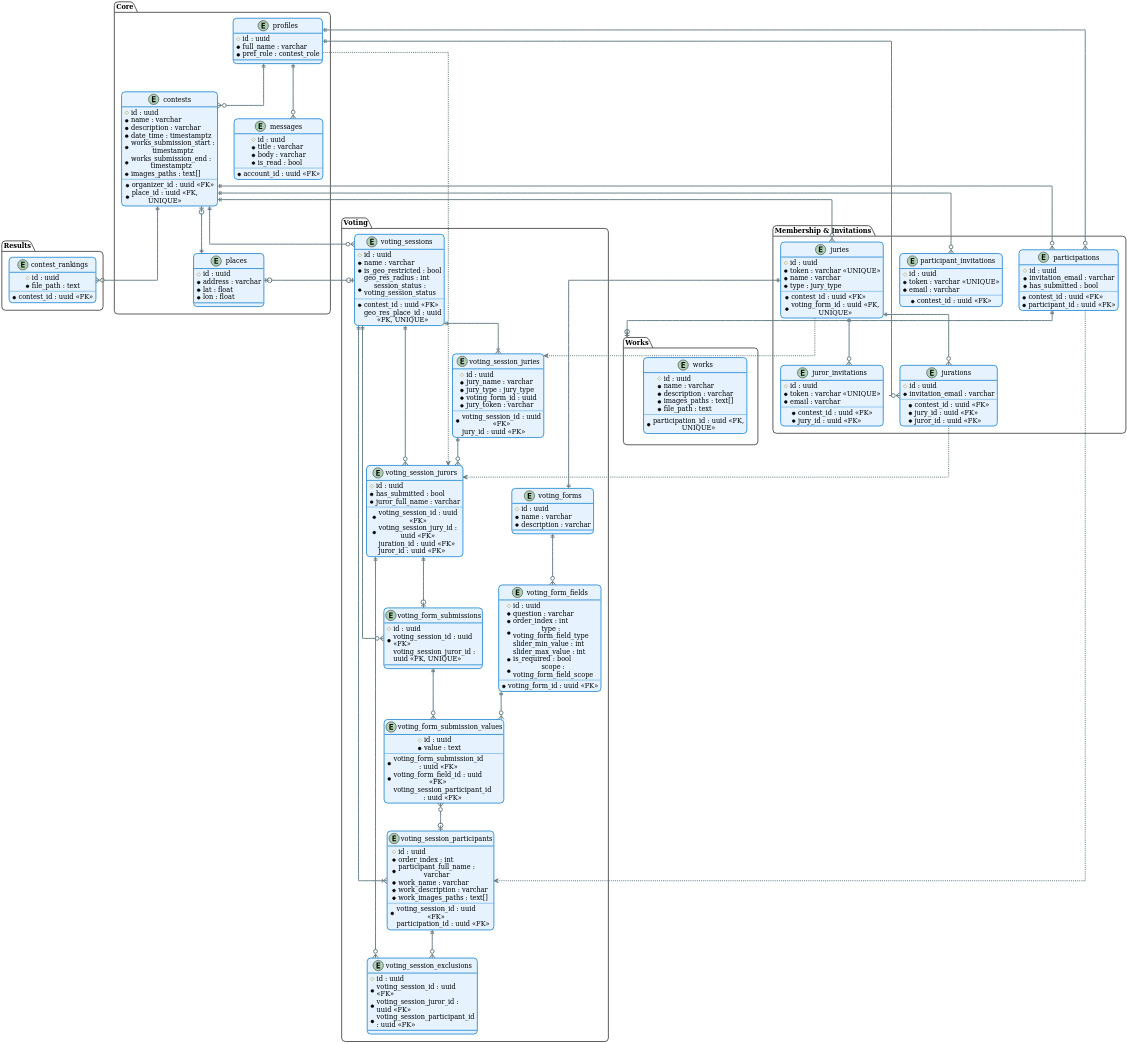
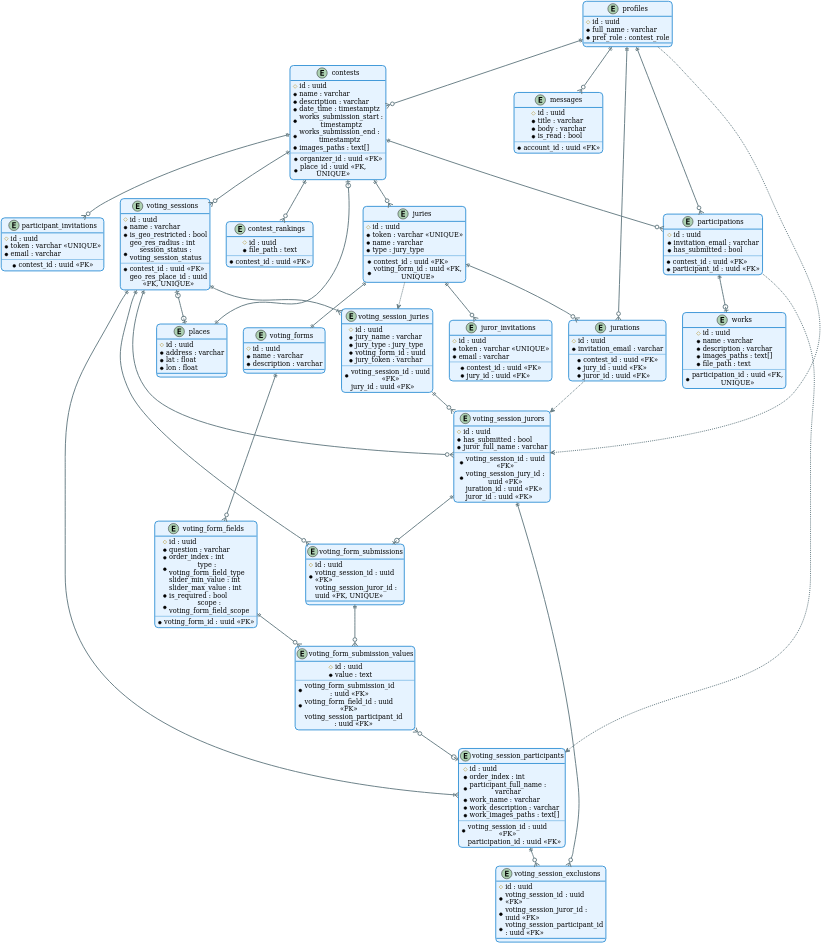
The diagram in thesis/diagrams/src/database.puml (TMoretta/Swift-Contest), drawn with PlantUML before and after one commit. The commit also changed 69 other files, not shown here.

```diff
--- a/thesis/diagrams/src/database.puml
+++ b/thesis/diagrams/src/database.puml
@@ -1,12 +1,12 @@
 @startuml
 
 !theme sunlust
+skinparam dpi 300
 top to bottom direction
-skinparam dpi 300
 skinparam backgroundColor transparent
 skinparam actorStyle awesome
 skinparam shadowing false
-skinparam linetype ortho
+skinparam ranksep 40
 
 skinparam package {
     backgroundColor #FFFFFF
@@ -22,7 +22,7 @@
 ' =======================================
 
 ' --- Package: Core Entities ---
-package "Core" {
+'package "Core" {
     entity "profiles" as Profiles {
         #id : uuid
         *full_name : varchar
@@ -54,10 +54,10 @@
         --
         *account_id : uuid <<FK>>
     }
-}
+'}
 
 ' --- Package: Membership & Invitations ---
-package "Membership & Invitations" {
+'package "Membership & Invitations" {
     entity "participations" as Participations {
         #id : uuid
         *invitation_email : varchar
@@ -98,11 +98,11 @@
         *contest_id : uuid <<FK>>
         *jury_id : uuid <<FK>>
     }
-}
+'}
 
 ' --- Package: Works ---
-package "Works" {
-    entity "works" as Works {
+'package "Works" {
+    entity "works" as WorksE {
         #id : uuid
         *name : varchar
         *description : varchar
@@ -111,10 +111,10 @@
         --
         *participation_id : uuid <<FK, UNIQUE>>
     }
-}
+'}
 
 ' --- Package: Voting ---
-package "Voting" {
+'package "Voting" {
     ' Voting Forms
     entity "voting_forms" as VotingForms {
         #id : uuid
@@ -197,17 +197,14 @@
         *voting_session_juror_id : uuid <<FK>>
         *voting_session_participant_id : uuid <<FK>>
     }
-}
 
-' --- Package: Results ---
-package "Results" {
     entity "contest_rankings" as Rankings {
-        #id : uuid
-        *file_path : text
-        --
-        *contest_id : uuid <<FK>>
-    }
-}
+            #id : uuid
+            *file_path : text
+            --
+            *contest_id : uuid <<FK>>
+        }
+'}
 
 ' =======================================
 ' Definizione delle Relazioni
@@ -229,7 +226,7 @@
 Juries ||--o{ JurorInvitations
 
 ' --- Works ---
-Participations ||--o| Works
+Participations ||--o| WorksE
 
 ' --- Voting Forms ---
 Juries ||--|| VotingForms
```
